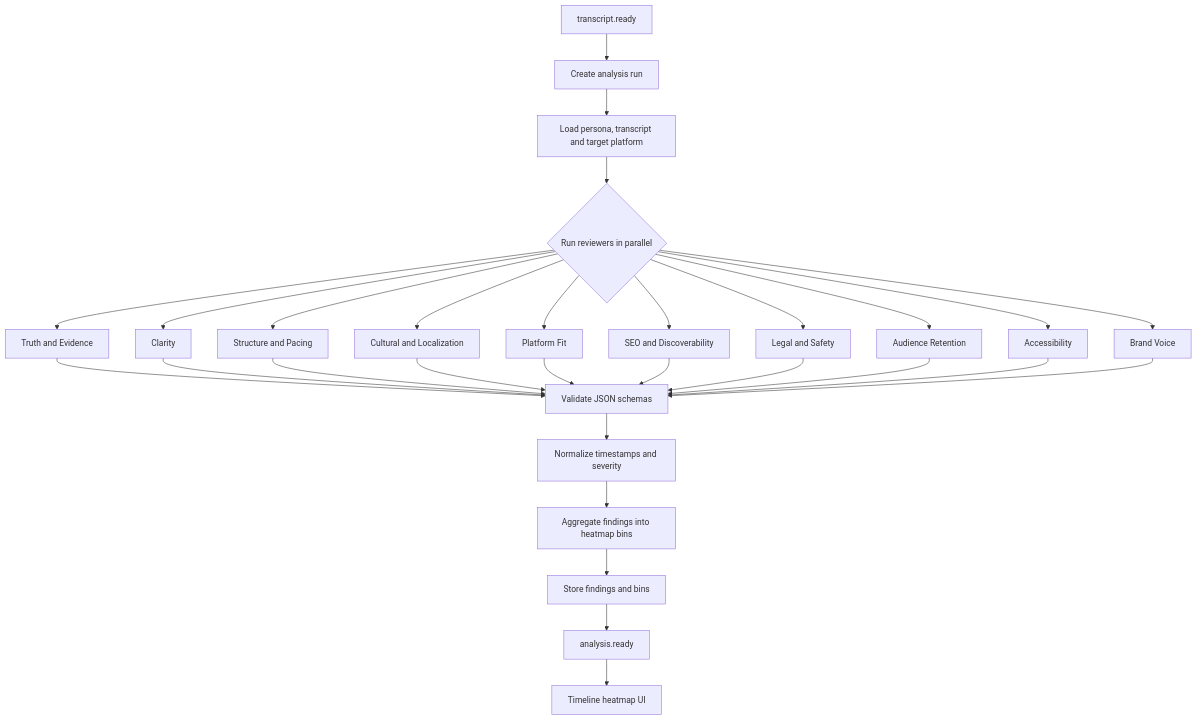
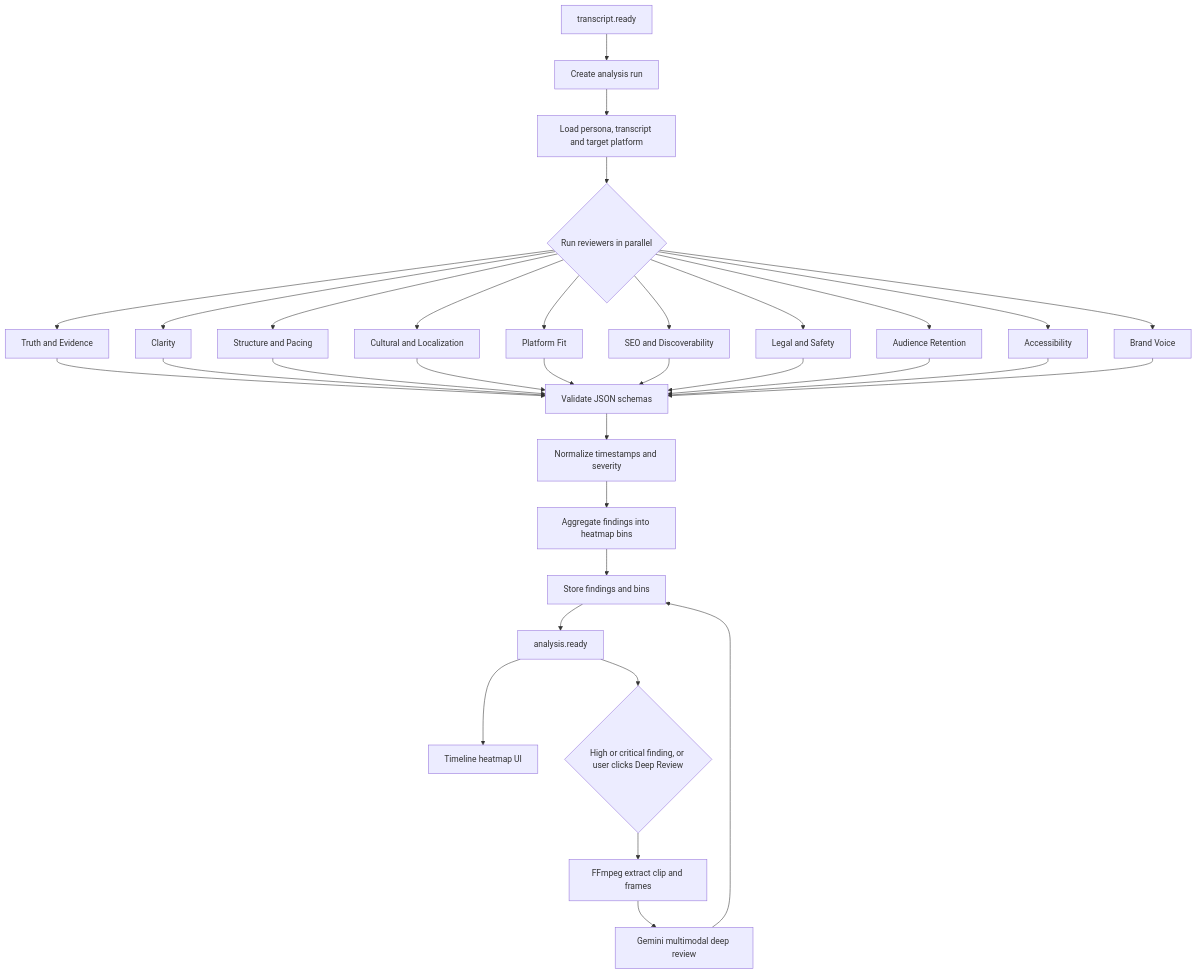
The sixth of 17 diagrams in docs/technical-design/diagrams.md (Saad-Surve/aibuildercup), drawn with Mermaid before and after one commit. The commit also changed other lines of this file and 9 other files, not shown here.

```diff
--- a/docs/technical-design/diagrams.md
+++ b/docs/technical-design/diagrams.md
@@ -149,31 +152,35 @@
 ~~~mermaid
 flowchart TD
     A[transcript.ready] --> B[Create analysis run]
     B --> C[Load persona, transcript and target platform]
     C --> D{Run reviewers in parallel}
     D --> T[Truth and Evidence]
     D --> CL[Clarity]
     D --> ST[Structure and Pacing]
     D --> CU[Cultural and Localization]
     D --> PL[Platform Fit]
     D --> SEO[SEO and Discoverability]
     D --> LS[Legal and Safety]
     D --> AR[Audience Retention]
     D --> AC[Accessibility]
     D --> BV[Brand Voice]
     T --> V[Validate JSON schemas]
     CL --> V
     ST --> V
     CU --> V
     PL --> V
     SEO --> V
     LS --> V
     AR --> V
     AC --> V
     BV --> V
     V --> N[Normalize timestamps and severity]
     N --> H[Aggregate findings into heatmap bins]
     H --> S[Store findings and bins]
     S --> R[analysis.ready]
     R --> UI[Timeline heatmap UI]
+    R --> Q{High or critical finding, or user clicks Deep Review}
+    Q --> M[FFmpeg extract clip and frames]
+    M --> V2[Gemini multimodal deep review]
+    V2 --> S
 ~~~
```
